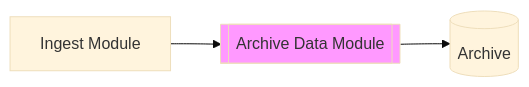
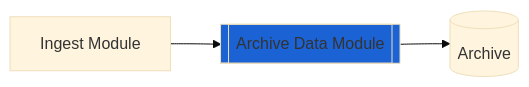
The diagram in docs/grillo-console/modules/data management modules/Archive Data Stream Module.md (grillo/grillo-docs), drawn with Mermaid (base theme) before and after one commit. The commit also changed 2 other files, not shown here.

````diff
--- a/docs/grillo-console/modules/data management modules/Archive Data Stream Module.md
+++ b/docs/grillo-console/modules/data management modules/Archive Data Stream Module.md
@@ -9,5 +9,5 @@
 ```mermaid
 flowchart LR
    B[Ingest Module]--> Cp[[Archive Data Module]] --> id1[(Archive)]
-   style Cp fill:#f9f
+   style Cp fill:#1b62d4
 ```
````
